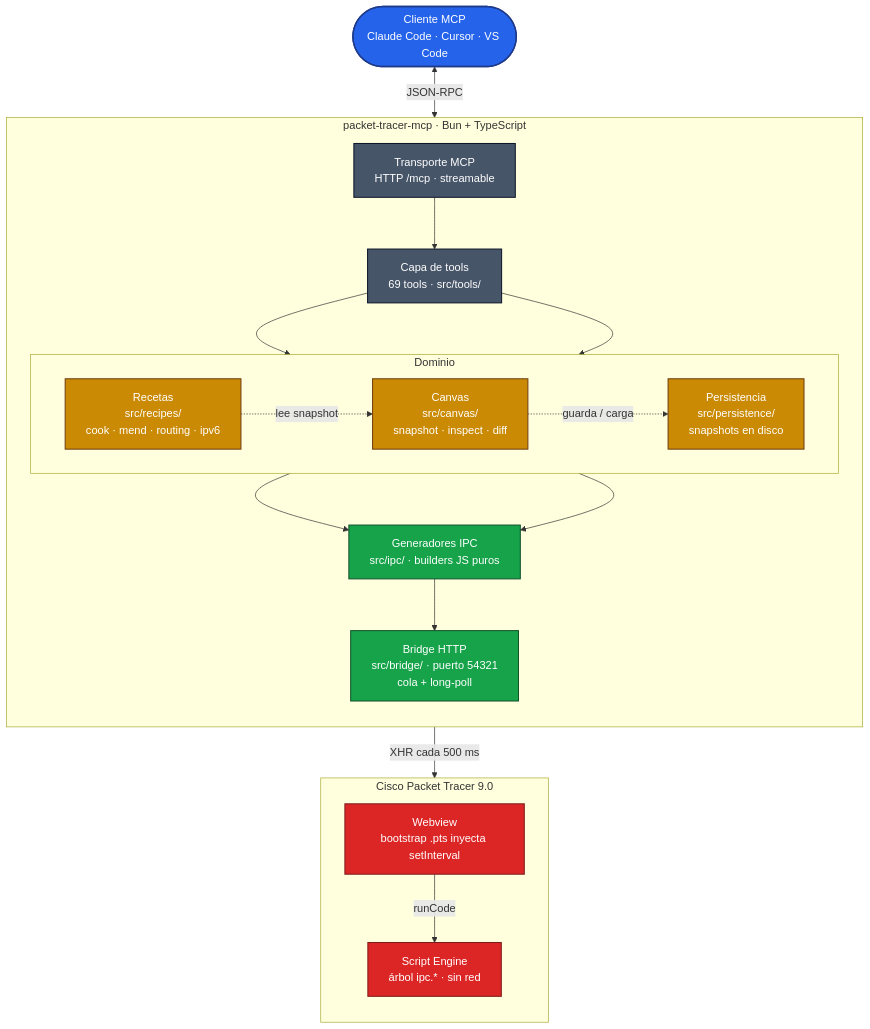
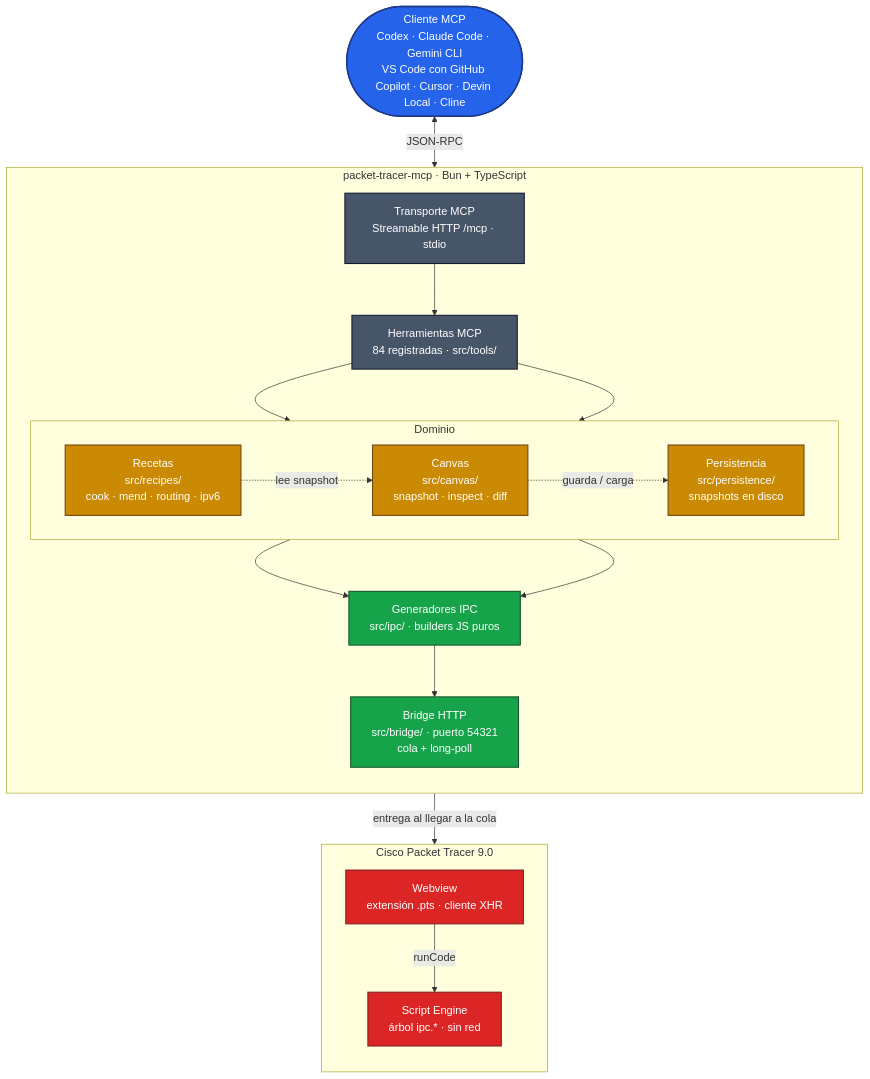
The diagram in docs/ARCHITECTURE.md (Jcorderop02/packet-tracer-mcp), drawn with Mermaid before and after one commit. The commit also changed other lines of this file and 13 other files, not shown here.

````diff
--- a/docs/ARCHITECTURE.md
+++ b/docs/ARCHITECTURE.md
@@ -12,50 +12,50 @@
 ```mermaid
 flowchart TD
-    Client(["Cliente MCP<br/>Claude Code · Cursor · VS Code"])
+    Client(["Cliente MCP<br/>Codex · Claude Code · Gemini CLI<br/>VS Code con GitHub Copilot · Cursor · Devin Local · Cline"])
 
     subgraph Server["packet-tracer-mcp · Bun + TypeScript"]
         direction TB
-        Transport["Transporte MCP<br/>HTTP /mcp · streamable"]
-        Tools["Capa de tools<br/>69 tools · src/tools/"]
+        Transport["Transporte MCP<br/>Streamable HTTP /mcp · stdio"]
+        Tools["Herramientas MCP<br/>84 registradas · src/tools/"]
 
         subgraph Domain["Dominio"]
             direction LR
             Recipes["Recetas<br/>src/recipes/<br/>cook · mend · routing · ipv6"]
             Canvas["Canvas<br/>src/canvas/<br/>snapshot · inspect · diff"]
             Persistence["Persistencia<br/>src/persistence/<br/>snapshots en disco"]
         end
 
         IPC["Generadores IPC<br/>src/ipc/ · builders JS puros"]
         Bridge["Bridge HTTP<br/>src/bridge/ · puerto 54321<br/>cola + long-poll"]
     end
 
     subgraph PT["Cisco Packet Tracer 9.0"]
         direction TB
-        Webview["Webview<br/>bootstrap .pts inyecta setInterval"]
+        Webview["Webview<br/>extensión .pts · cliente XHR"]
         Engine["Script Engine<br/>árbol ipc.* · sin red"]
     end
 
     Client <-- "JSON-RPC" --> Transport
     Transport --> Tools
     Tools --> Recipes
     Tools --> Canvas
     Recipes -. "lee snapshot" .-> Canvas
     Recipes --> IPC
     Canvas --> IPC
     Canvas -. "guarda / carga" .-> Persistence
     IPC --> Bridge
-    Bridge -- "XHR cada 500 ms" --> Webview
+    Bridge -- "entrega al llegar a la cola" --> Webview
     Webview -- "runCode" --> Engine
 
     classDef external fill:#2563eb,stroke:#1e3a8a,color:#ffffff,stroke-width:2px
     classDef server fill:#475569,stroke:#0f172a,color:#ffffff,stroke-width:1.5px
     classDef domain fill:#ca8a04,stroke:#713f12,color:#ffffff,stroke-width:1.5px
     classDef bridge fill:#16a34a,stroke:#14532d,color:#ffffff,stroke-width:1.5px
     classDef pt fill:#dc2626,stroke:#7f1d1d,color:#ffffff,stroke-width:1.5px
 
     class Client external
     class Transport,Tools server
     class Recipes,Canvas,Persistence domain
     class IPC,Bridge bridge
     class Webview,Engine pt
 ```
````
